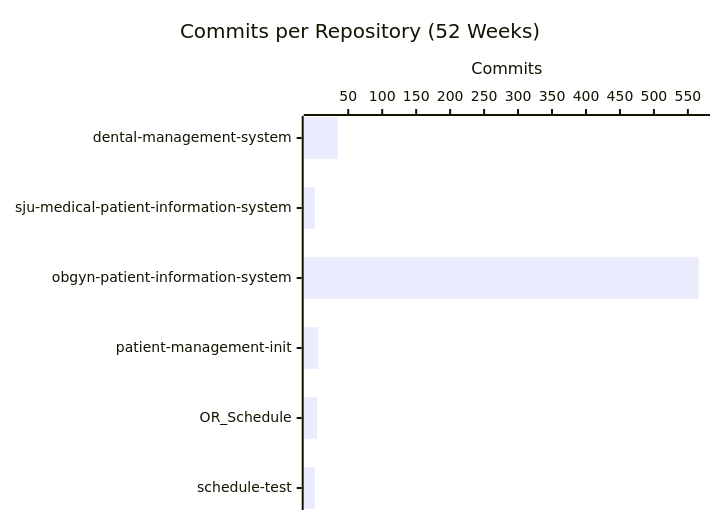
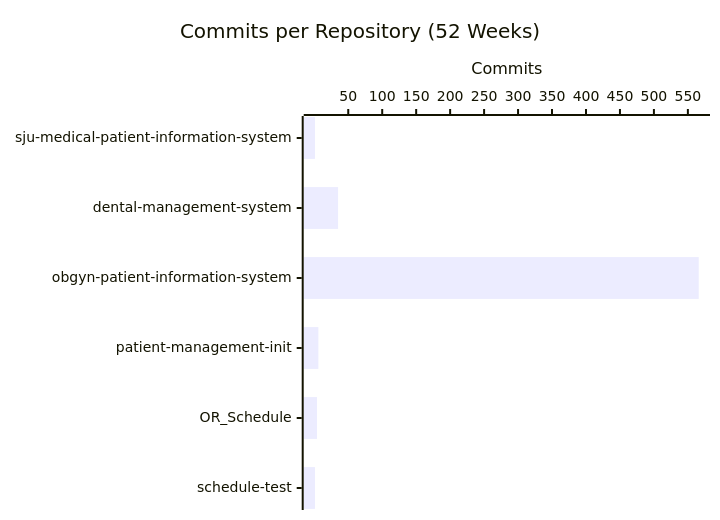
The second of 4 diagrams in profile/README.md (CSTH-Projects/.github), drawn with Mermaid before and after one commit. The commit also changed other lines of this file, not shown here.

````diff
--- a/profile/README.md
+++ b/profile/README.md
@@ -24,7 +24,7 @@
 ```mermaid
 xychart-beta horizontal
     title "Commits per Repository (52 Weeks)"
-    x-axis ["dental-management-system", "sju-medical-patient-information-system", "obgyn-patient-information-system", "patient-management-init", "OR_Schedule", "schedule-test"]
+    x-axis ["sju-medical-patient-information-system", "dental-management-system", "obgyn-patient-information-system", "patient-management-init", "OR_Schedule", "schedule-test"]
     y-axis "Commits"
-    bar [35, 1, 566, 6, 4, 1]
+    bar [1, 35, 566, 6, 4, 1]
 ```
````
